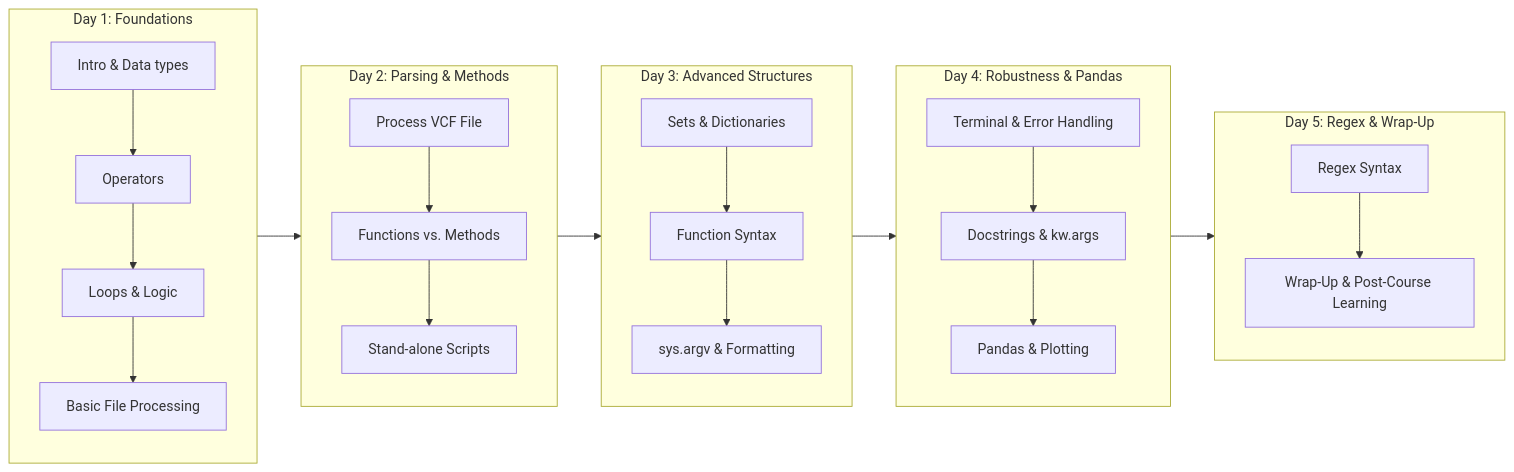
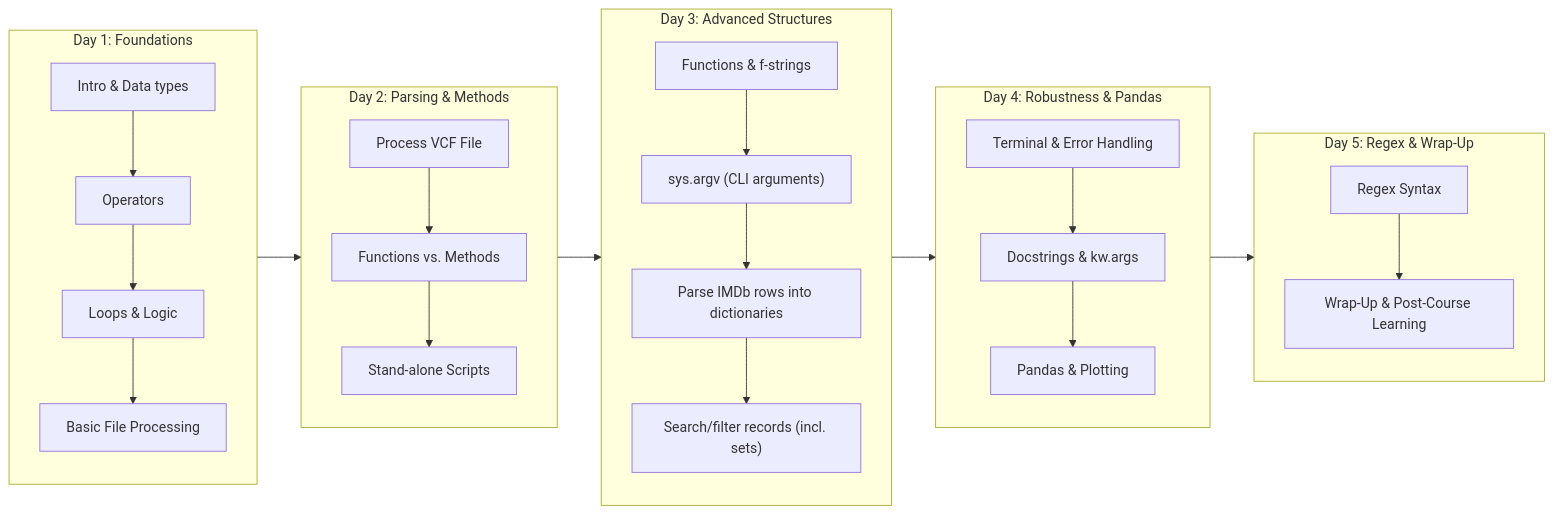
Before and after one commit to NBISweden/workshop-python: the diagram in files/course_learning_flowchart.mmd, drawn with Mermaid.

Commit message:
update flowchart

```diff
--- a/files/course_learning_flowchart.mmd
+++ b/files/course_learning_flowchart.mmd
@@ -1,32 +1,33 @@
 flowchart LR
     subgraph D1["Day 1: Foundations"]
         direction TB
         A1["Intro & Data types"] --> A2["Operators"]
         A2 --> A3["Loops & Logic"]
         A3 --> A4["Basic File Processing"]
     end
 
     subgraph D2["Day 2: Parsing & Methods"]
         direction TB
         B1["Process VCF File"] --> B2["Functions vs. Methods"]
         B2 --> B3["Stand-alone Scripts"]
     end
 
     subgraph D3["Day 3: Advanced Structures"]
         direction TB
-        C1["Sets & Dictionaries"] --> C2["Function Syntax"]
-        C2 --> C3["sys.argv & Formatting"]
+        C1["Functions & f-strings"] --> C2["sys.argv (CLI arguments)"]
+        C2 --> C3["Parse IMDb rows into dictionaries"]
+        C3 --> C4["Search/filter records (incl. sets)"]
     end
 
     subgraph D4["Day 4: Robustness & Pandas"]
         direction TB
         D1_1["Terminal & Error Handling"] --> D2_1["Docstrings & kw.args"]
         D2_1 --> D3_1["Pandas & Plotting"]
     end
 
     subgraph D5["Day 5: Regex & Wrap-Up"]
         direction TB
         E1["Regex Syntax"] --> E2["Wrap-Up & Post-Course Learning"]
     end
 
     D1 --> D2 --> D3 --> D4 --> D5
```
